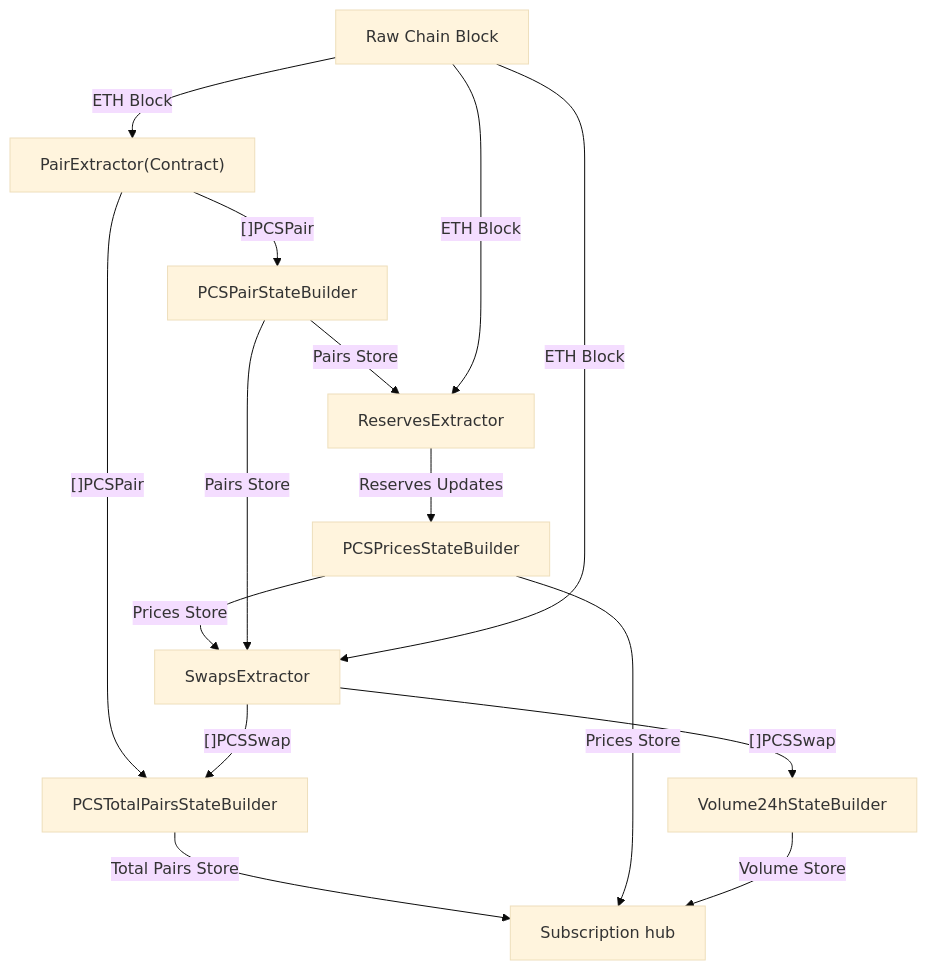
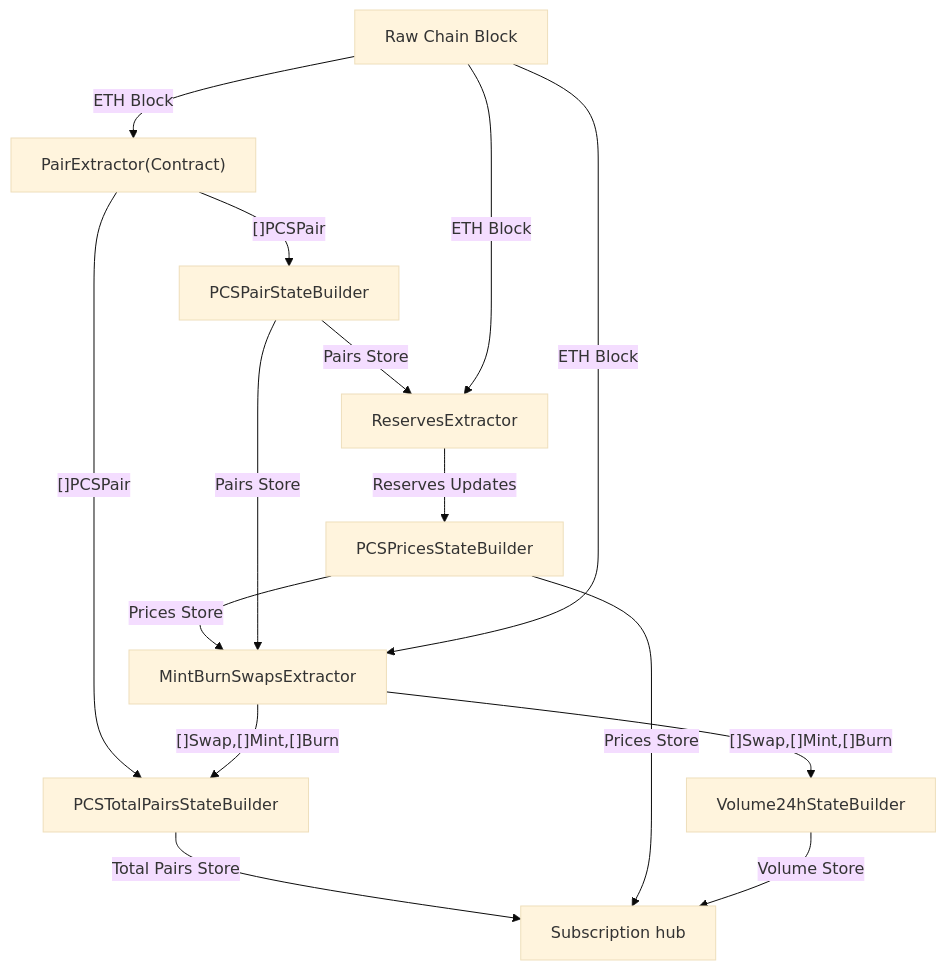
The diagram in README.md (streamingfast/substreams-playground), drawn with Mermaid (base theme) before and after one commit. The commit also changed other lines of this file and 1 other file, not shown here.

Commit message:
Added potential sample substream manifest.

````diff
--- a/README.md
+++ b/README.md
@@ -32,28 +32,28 @@
 ```mermaid
 
 graph TD;
   PE["PairExtractor(Contract)"]
   PAIRS[PCSPairStateBuilder]
   TOTAL[PCSTotalPairsStateBuilder]
   RE[ReservesExtractor]
   B[Raw Chain Block]
   PRICES[PCSPricesStateBuilder]
-  SWAP[SwapsExtractor]
+  EVENTS[MintBurnSwapsExtractor]
   VOL24[Volume24hStateBuilder]
   HUB[Subscription hub]
 
   B -- ETH Block --> PE
   PE -- "[]PCSPair" --> PAIRS
   PE -- "[]PCSPair" --> TOTAL
   TOTAL -- Total Pairs Store --> HUB
   PAIRS -- "Pairs Store" --> RE
   B -- ETH Block --> RE
   RE -- Reserves Updates --> PRICES
   PRICES -- Prices Store --> HUB
-  PRICES -- Prices Store --> SWAP
-  PAIRS -- Pairs Store --> SWAP
-  B -- ETH Block --> SWAP
-  SWAP -- "[]PCSSwap" --> VOL24
-  SWAP -- "[]PCSSwap" --> TOTAL
+  PRICES -- Prices Store --> EVENTS
+  PAIRS -- Pairs Store --> EVENTS
+  B -- ETH Block --> EVENTS
+  EVENTS -- "[]Swap,[]Mint,[]Burn" --> VOL24
+  EVENTS -- "[]Swap,[]Mint,[]Burn" --> TOTAL
   VOL24 -- "Volume Store" --> HUB
 ```
````
